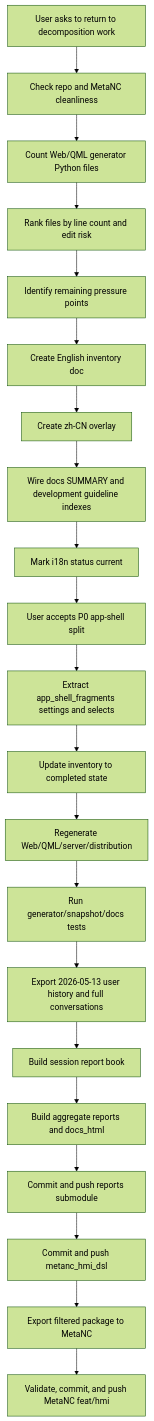
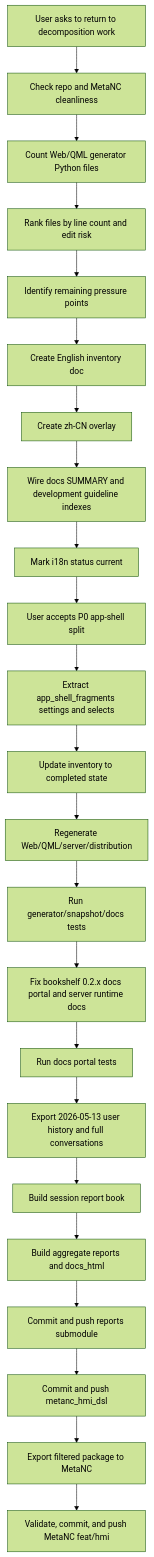
Before and after one commit to luppiterw/metanc_hmi_dsl_reports: the diagram in 2026-05-13-codex-session/workflow-diagram.md, drawn with Mermaid (forest theme). The commit also changed 16 other files, not shown here.

````diff
--- a/2026-05-13-codex-session/workflow-diagram.md
+++ b/2026-05-13-codex-session/workflow-diagram.md
@@ -3,23 +3,25 @@
 ```mermaid
 flowchart TD
     A[User asks to return to decomposition work] --> B[Check repo and MetaNC cleanliness]
     B --> C[Count Web/QML generator Python files]
     C --> D[Rank files by line count and edit risk]
     D --> E[Identify remaining pressure points]
     E --> F[Create English inventory doc]
     F --> G[Create zh-CN overlay]
     G --> H[Wire docs SUMMARY and development guideline indexes]
     H --> I[Mark i18n status current]
     I --> J[User accepts P0 app-shell split]
     J --> K[Extract app_shell_fragments settings and selects]
     K --> L[Update inventory to completed state]
     L --> M[Regenerate Web/QML/server/distribution]
     M --> N[Run generator/snapshot/docs tests]
-    N --> O[Export 2026-05-13 user history and full conversations]
-    O --> P[Build session report book]
-    P --> Q[Build aggregate reports and docs_html]
-    Q --> R[Commit and push reports submodule]
-    R --> S[Commit and push metanc_hmi_dsl]
-    S --> T[Export filtered package to MetaNC]
-    T --> U[Validate, commit, and push MetaNC feat/hmi]
+    N --> O[Fix bookshelf 0.2.x docs portal and server runtime docs]
+    O --> P[Run docs portal tests]
+    P --> Q[Export 2026-05-13 user history and full conversations]
+    Q --> R[Build session report book]
+    R --> S[Build aggregate reports and docs_html]
+    S --> T[Commit and push reports submodule]
+    T --> U[Commit and push metanc_hmi_dsl]
+    U --> V[Export filtered package to MetaNC]
+    V --> W[Validate, commit, and push MetaNC feat/hmi]
 ```
````
